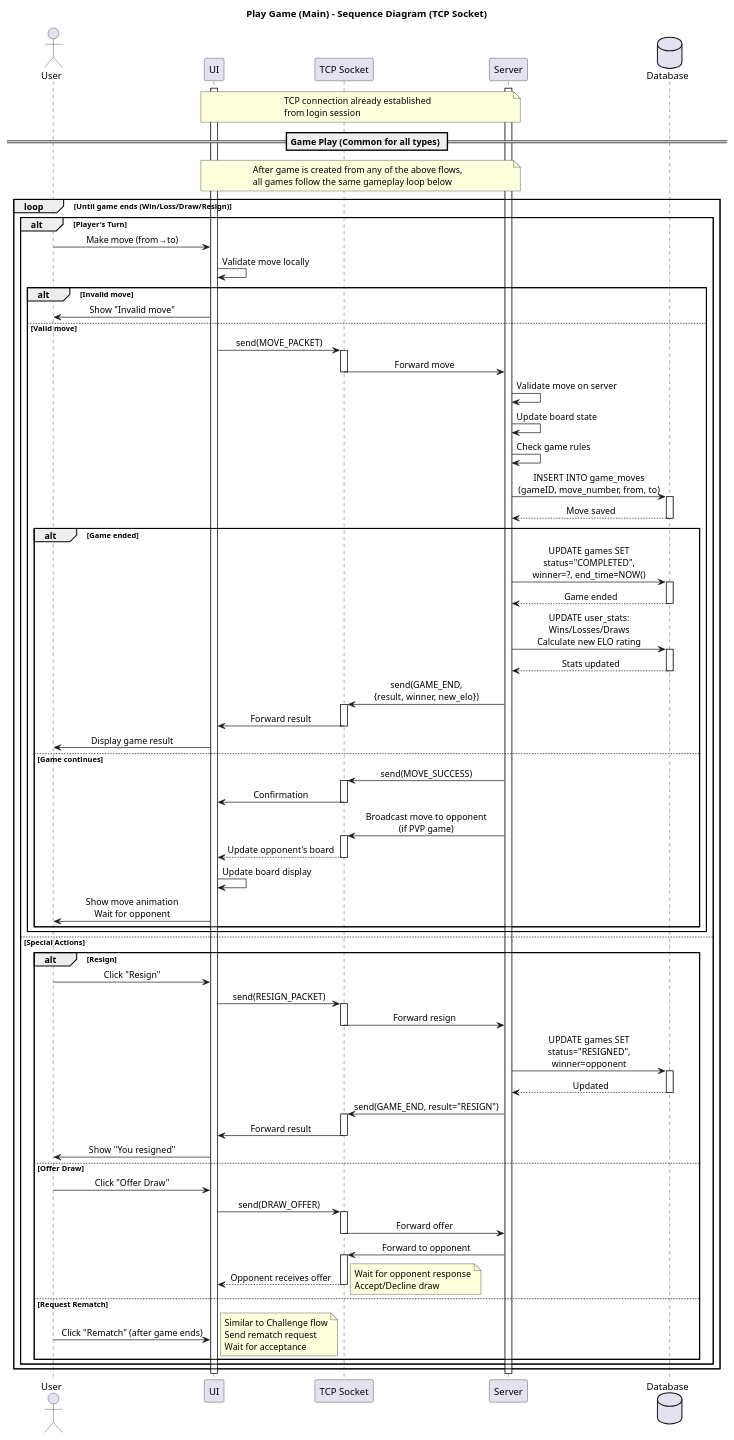
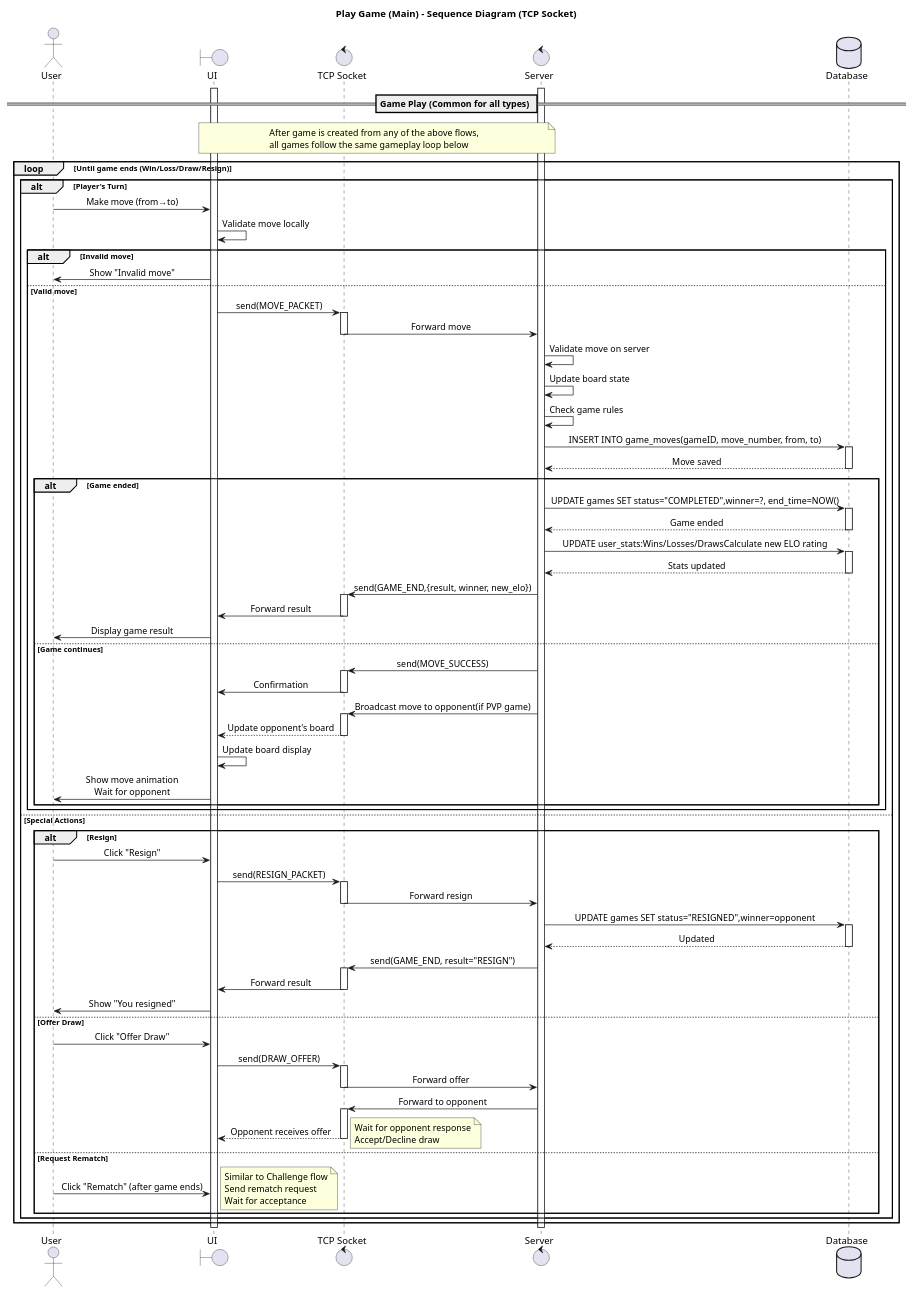
The diagram in SequenceDiagram/playGame1.puml (StrongDZ/Chinese-chess-nework-programming), drawn with PlantUML before and after one commit. The commit also changed 39 other files, not shown here.

```diff
--- a/SequenceDiagram/playGame1.puml
+++ b/SequenceDiagram/playGame1.puml
@@ -1,138 +1,133 @@
 @startuml
 title Play Game (Main) - Sequence Diagram (TCP Socket)
 
 skinparam sequenceMessageAlign center
 skinparam responseMessageBelowArrow true
 
 actor User
-participant "UI" as UI
-participant "TCP Socket" as Socket
-participant "Server" as Server
+boundary "UI" as UI
+control "TCP Socket" as Socket
+control "Server" as Server
 database "Database" as DB
-
-note over UI, Server
-  TCP connection already established
-  from login session
-end note
 
 == Game Play (Common for all types) ==
 note over UI, Server
   After game is created from any of the above flows,
   all games follow the same gameplay loop below
 end note
 
 activate UI
 activate Server
 
 loop Until game ends (Win/Loss/Draw/Resign)
     alt Player's Turn
         User -> UI: Make move (from→to)
         
         UI -> UI: Validate move locally
         
         alt Invalid move
             UI -> User: Show "Invalid move"
             
         else Valid move
             UI -> Socket: send(MOVE_PACKET)
             activate Socket
             Socket -> Server: Forward move
             deactivate Socket
             
             Server -> Server: Validate move on server
             Server -> Server: Update board state
             Server -> Server: Check game rules
             
-            Server -> DB: INSERT INTO game_moves\n(gameID, move_number, from, to)
+            Server -> DB: INSERT INTO game_moves(gameID, move_number, from, to)
             activate DB
             DB --> Server: Move saved
             deactivate DB
             
             alt Game ended
-                Server -> DB: UPDATE games SET\nstatus="COMPLETED",\nwinner=?, end_time=NOW()
+                Server -> DB: UPDATE games SET status="COMPLETED",winner=?, end_time=NOW()
                 activate DB
                 DB --> Server: Game ended
                 deactivate DB
                 
-                Server -> DB: UPDATE user_stats:\nWins/Losses/Draws\nCalculate new ELO rating
+                Server -> DB: UPDATE user_stats:Wins/Losses/DrawsCalculate new ELO rating
                 activate DB
                 DB --> Server: Stats updated
                 deactivate DB
                 
-                Server -> Socket: send(GAME_END,\n{result, winner, new_elo})
+                Server -> Socket: send(GAME_END,{result, winner, new_elo})
                 activate Socket
                 Socket -> UI: Forward result
                 deactivate Socket
                 
                 UI -> User: Display game result
                 
             else Game continues
                 Server -> Socket: send(MOVE_SUCCESS)
                 activate Socket
                 Socket -> UI: Confirmation
                 deactivate Socket
                 
-                Server -> Socket: Broadcast move to opponent\n(if PVP game)
+                Server -> Socket: Broadcast move to opponent(if PVP game)
                 activate Socket
                 Socket --> UI: Update opponent's board
                 deactivate Socket
                 
                 UI -> UI: Update board display
                 UI -> User: Show move animation\nWait for opponent
             end
         end
         
     else Special Actions
         alt Resign
             User -> UI: Click "Resign"
             UI -> Socket: send(RESIGN_PACKET)
             activate Socket
             Socket -> Server: Forward resign
             deactivate Socket
             
-            Server -> DB: UPDATE games SET\nstatus="RESIGNED",\nwinner=opponent
+            Server -> DB: UPDATE games SET status="RESIGNED",winner=opponent
             activate DB
             DB --> Server: Updated
             deactivate DB
             
             Server -> Socket: send(GAME_END, result="RESIGN")
             activate Socket
             Socket -> UI: Forward result
             deactivate Socket
             
             UI -> User: Show "You resigned"
             
         else Offer Draw
             User -> UI: Click "Offer Draw"
             UI -> Socket: send(DRAW_OFFER)
             activate Socket
             Socket -> Server: Forward offer
             deactivate Socket
             
             Server -> Socket: Forward to opponent
             activate Socket
             Socket --> UI: Opponent receives offer
             deactivate Socket
             
             note right
               Wait for opponent response
               Accept/Decline draw
             end note
             
         else Request Rematch
             User -> UI: Click "Rematch" (after game ends)
             
             note right
               Similar to Challenge flow
               Send rematch request
               Wait for acceptance
             end note
         end
     end
 end
 
 deactivate UI
 deactivate Server
 
 
 @enduml
```
